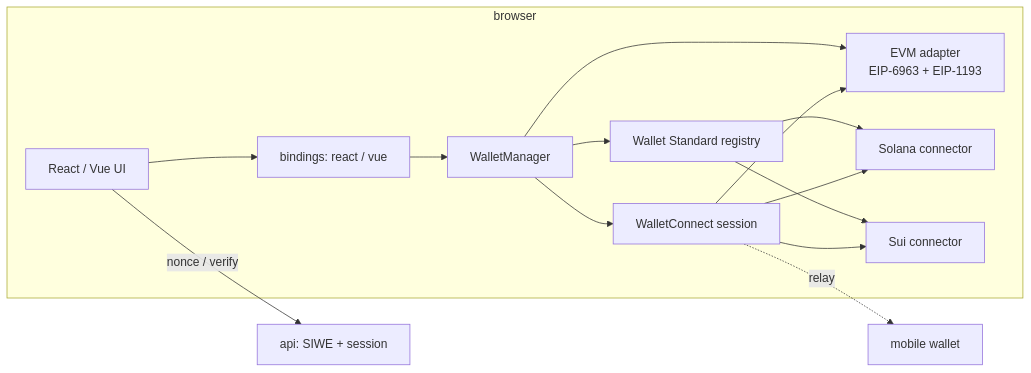
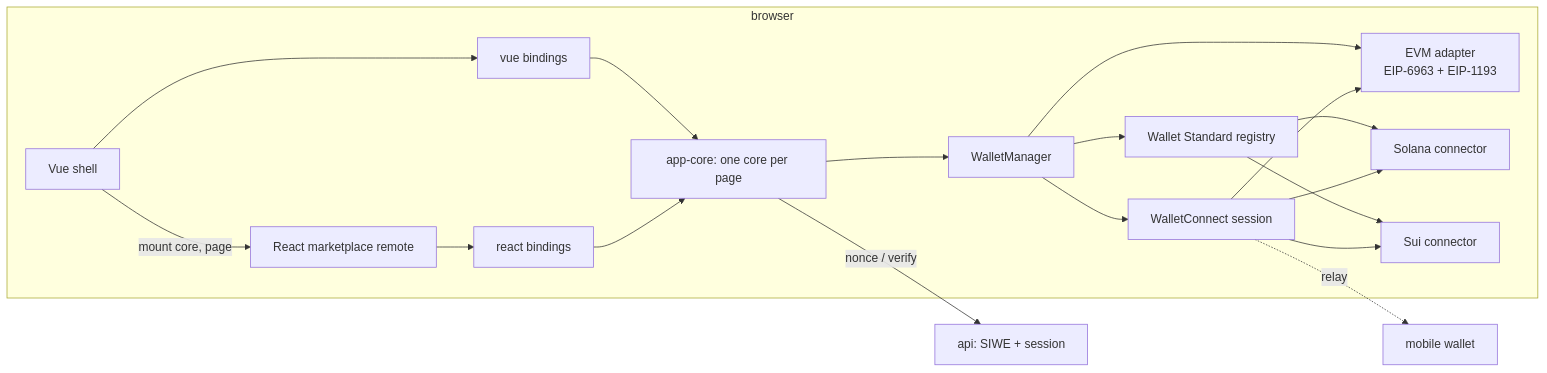
The diagram in README.md (KuliyevMerdan/omnimarket), drawn with Mermaid before and after one commit. The commit also changed other lines of this file and 89 other files, not shown here.

First line of the commit message:
Phase 5: Vue shell hosting the React marketplace via Module Federation

````diff
--- a/README.md
+++ b/README.md
@@ -37,17 +47,21 @@
 ```mermaid
 flowchart LR
   subgraph browser
-    UI[React / Vue UI] --> B[bindings: react / vue]
-    B --> M[WalletManager]
+    SHELL[Vue shell] -- mount core, page --> REMOTE[React marketplace remote]
+    SHELL --> VB[vue bindings]
+    REMOTE --> RB[react bindings]
+    VB --> CORE[app-core: one core per page]
+    RB --> CORE
+    CORE --> M[WalletManager]
     M --> EVM[EVM adapter<br/>EIP-6963 + EIP-1193]
     M --> WS[Wallet Standard registry]
     WS --> SOL[Solana connector]
     WS --> SUI[Sui connector]
     M --> WC[WalletConnect session]
     WC --> EVM
     WC --> SOL
     WC --> SUI
   end
   WC -. relay .-> PHONE[mobile wallet]
-  UI -- nonce / verify --> API[api: SIWE + session]
+  CORE -- nonce / verify --> API[api: SIWE + session]
 ```
````
